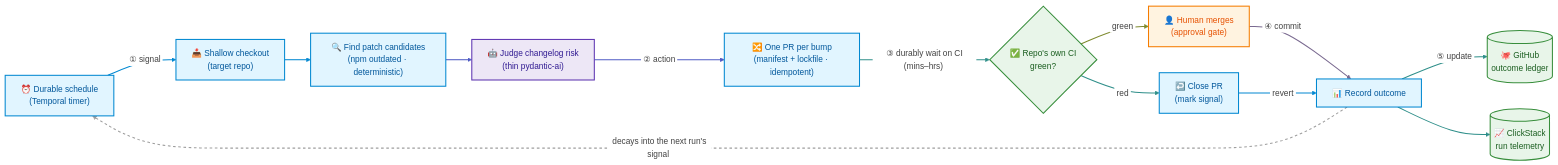
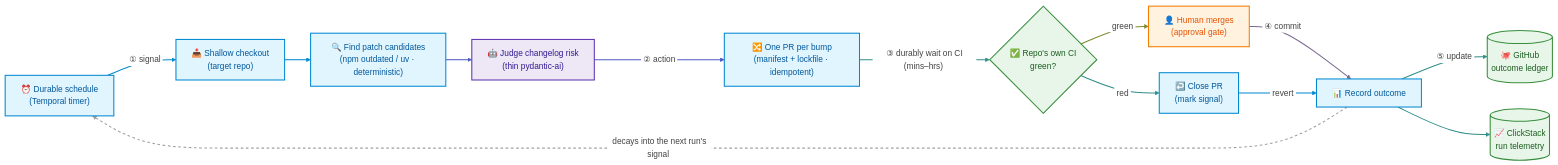
Before and after one commit to mseeks/froot: the diagram in SPEC.md, drawn with Mermaid. The commit also changed other lines of this file and 11 other files, not shown here.

````diff
--- a/SPEC.md
+++ b/SPEC.md
@@ -98,61 +108,61 @@
 ```mermaid
 %%{init: {'theme': 'base', 'themeVariables': {'edgeLabelBackground':'#ffffff', 'lineColor':'#9e9e9e', 'tertiaryTextColor':'#424242', 'primaryTextColor':'#424242'}}}%%
 flowchart LR
     %% froot — the dependency-patch loop, closing through derived external truth
     %% stages map to MHE §3.2: signal → action → verification → commit/revert → update
 
     Schedule["⏰ Durable schedule<br/>(Temporal timer)"]
     Checkout["📥 Shallow checkout<br/>(target repo)"]
-    Scan["🔍 Find patch candidates<br/>(npm outdated · deterministic)"]
+    Scan["🔍 Find patch candidates<br/>(npm outdated / uv · deterministic)"]
     Judge["🤖 Judge changelog risk<br/>(thin pydantic-ai)"]
     PR["🔀 One PR per bump<br/>(manifest + lockfile · idempotent)"]
     CI{"✅ Repo's own CI<br/>green?"}
     Merge["👤 Human merges<br/>(approval gate)"]
     Closed["↩️ Close PR<br/>(mark signal)"]
     Record["📊 Record outcome"]
     GitHub[("🐙 GitHub<br/>outcome ledger")]
     Click[("📈 ClickStack<br/>run telemetry")]
 
     %% ① signal
     Schedule -->|"&nbsp;① signal&nbsp;"| Checkout
     Checkout --> Scan
     %% ② action
     Scan --> Judge
     Judge -->|"&nbsp;② action&nbsp;"| PR
     %% ③ verification — the durable wait on the oracle
     PR -->|"&nbsp;③ durably wait on CI (mins–hrs)&nbsp;"| CI
     %% ④ commit / revert
     CI -->|"&nbsp;green&nbsp;"| Merge
     CI -->|"&nbsp;red&nbsp;"| Closed
     Merge -->|"&nbsp;④ commit&nbsp;"| Record
     Closed -->|"&nbsp;revert&nbsp;"| Record
     %% ⑤ update — derived, never stored
     Record -->|"&nbsp;⑤ update&nbsp;"| GitHub
     Record --> Click
     %% the loop closes
     Record -.->|"&nbsp;decays into the next run's signal&nbsp;"| Schedule
 
     %% link colors blend between the categories they connect
     linkStyle 0 stroke:#0288d1,stroke-width:2px
     linkStyle 1 stroke:#0288d1,stroke-width:2px
     linkStyle 2 stroke:#4f5bc4,stroke-width:2px
     linkStyle 3 stroke:#4f5bc4,stroke-width:2px
     linkStyle 4 stroke:#2f8f8a,stroke-width:2px
     linkStyle 5 stroke:#7e8a2e,stroke-width:2px
     linkStyle 6 stroke:#2f8f8a,stroke-width:2px
     linkStyle 7 stroke:#7a6a90,stroke-width:2px
     linkStyle 8 stroke:#0288d1,stroke-width:2px
     linkStyle 9 stroke:#2f8f8a,stroke-width:2px
     linkStyle 10 stroke:#2f8f8a,stroke-width:2px
     linkStyle 11 stroke:#9e9e9e,stroke-width:2px,stroke-dasharray:5
 
     classDef chassis fill:#e1f5ff,stroke:#0288d1,stroke-width:2px,color:#01579b
     classDef model fill:#ede7f6,stroke:#5e35b1,stroke-width:2px,color:#311b92
     classDef terrain fill:#e8f5e9,stroke:#388e3c,stroke-width:2px,color:#1b5e20
     classDef steward fill:#fff3e0,stroke:#f57c00,stroke-width:2px,color:#e65100
 
     class Schedule,Checkout,Scan,PR,Record,Closed chassis
     class Judge model
     class CI,GitHub,Click terrain
     class Merge steward
 ```
````
